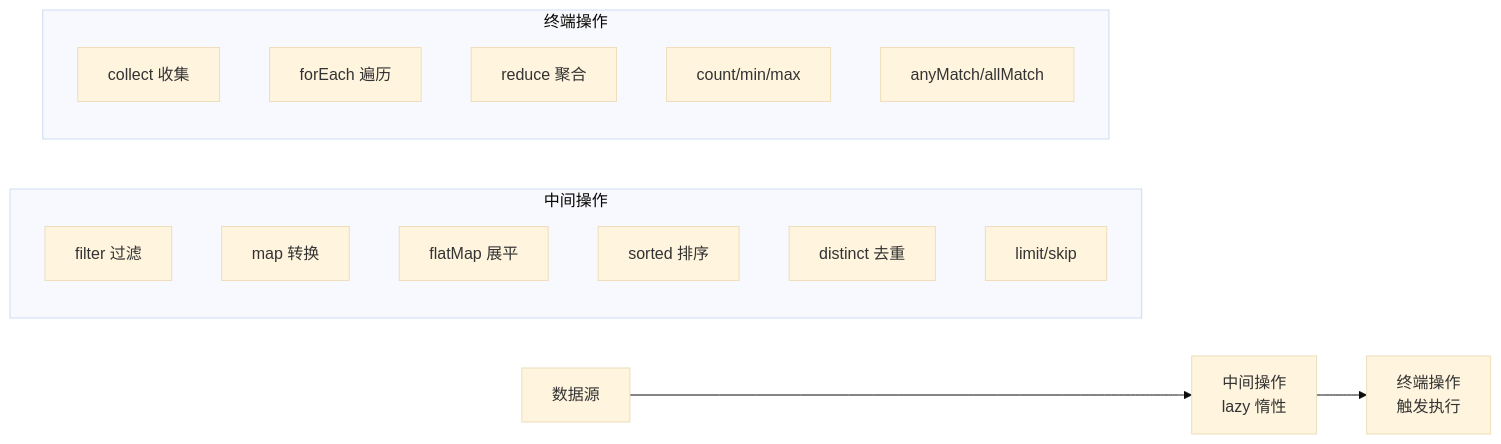
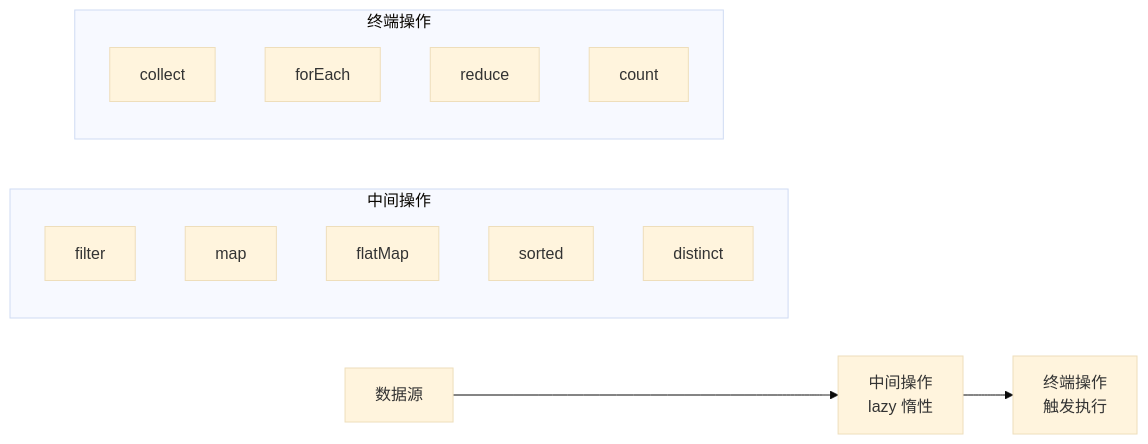
One commit to qigao0787-ops/gq-test changed diagram 24 of 24 in document/strengthen/Java基础面试总结_增强版.md. Above: the diagram before and after it, drawn with Mermaid (base theme). The commit also changed other lines of this file, not shown here.

````diff
--- a/document/strengthen/Java基础面试总结_增强版.md
+++ b/document/strengthen/Java基础面试总结_增强版.md
@@ -1080,22 +1870,20 @@
 ```mermaid
 flowchart LR
     A[数据源] --> B[中间操作<br/>lazy 惰性]
     B --> C[终端操作<br/>触发执行]
 
     subgraph 中间操作
-        B1[filter 过滤]
-        B2[map 转换]
-        B3[flatMap 展平]
-        B4[sorted 排序]
-        B5[distinct 去重]
-        B6[limit/skip]
+        B1[filter]
+        B2[map]
+        B3[flatMap]
+        B4[sorted]
+        B5[distinct]
     end
 
     subgraph 终端操作
-        C1[collect 收集]
-        C2[forEach 遍历]
-        C3[reduce 聚合]
-        C4[count/min/max]
-        C5[anyMatch/allMatch]
+        C1[collect]
+        C2[forEach]
+        C3[reduce]
+        C4[count]
     end
 ```
````
